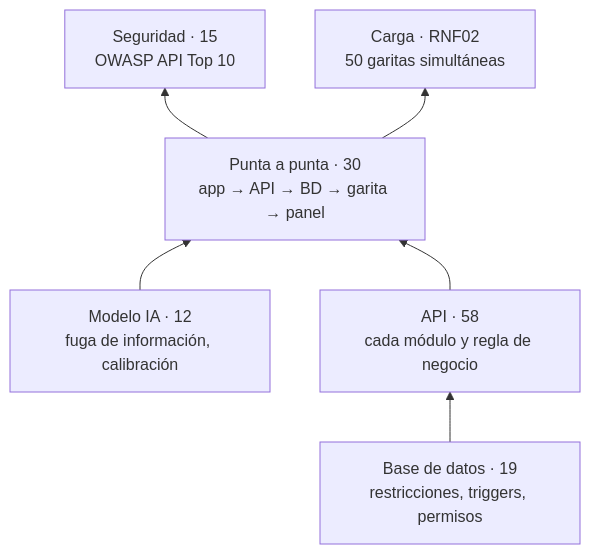
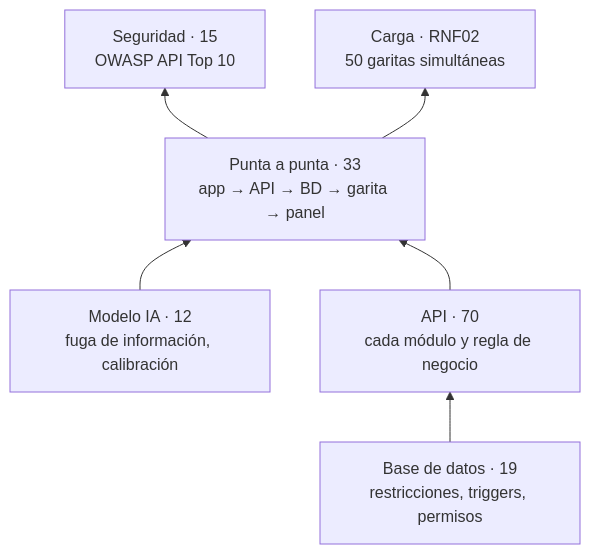
Before and after one commit to josetello30/los-girasoles: the diagram in docs/PRUEBAS.md, drawn with Mermaid. The commit also changed other lines of this file and 35 other files, not shown here.

````diff
--- a/docs/PRUEBAS.md
+++ b/docs/PRUEBAS.md
@@ -31,8 +31,8 @@
 ```mermaid
 flowchart BT
-    BD["Base de datos · 19<br/>restricciones, triggers, permisos"] --> API["API · 58<br/>cada módulo y regla de negocio"]
+    BD["Base de datos · 19<br/>restricciones, triggers, permisos"] --> API["API · 70<br/>cada módulo y regla de negocio"]
     MOD["Modelo IA · 12<br/>fuga de información, calibración"] --> E2E
-    API --> E2E["Punta a punta · 30<br/>app → API → BD → garita → panel"]
+    API --> E2E["Punta a punta · 33<br/>app → API → BD → garita → panel"]
     E2E --> SEG["Seguridad · 15<br/>OWASP API Top 10"]
     E2E --> CARGA["Carga · RNF02<br/>50 garitas simultáneas"]
 ```
````
